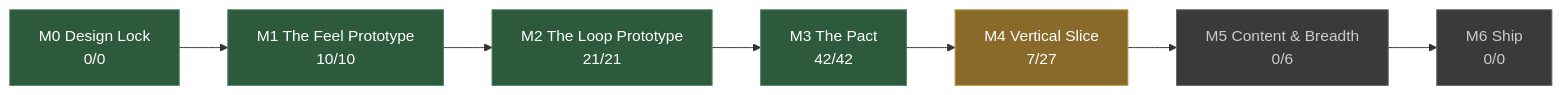
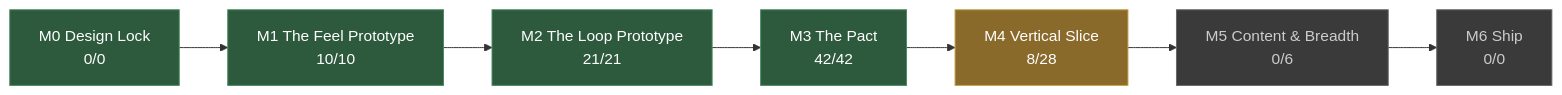
Before and after one commit to JoshuaGessner/she: the diagram in docs/STATUS.md, drawn with Mermaid. The commit also changed other lines of this file and 11 other files, not shown here.

````diff
--- a/docs/STATUS.md
+++ b/docs/STATUS.md
@@ -13,19 +13,19 @@
 ```mermaid
 flowchart LR
   M0["M0 Design Lock<br/>0/0"]:::passed
   M1["M1 The Feel Prototype<br/>10/10"]:::passed
   M0 --> M1
   M2["M2 The Loop Prototype<br/>21/21"]:::passed
   M1 --> M2
   M3["M3 The Pact<br/>42/42"]:::passed
   M2 --> M3
-  M4["M4 Vertical Slice<br/>7/27"]:::current
+  M4["M4 Vertical Slice<br/>8/28"]:::current
   M3 --> M4
   M5["M5 Content & Breadth<br/>0/6"]:::ahead
   M4 --> M5
   M6["M6 Ship<br/>0/0"]:::ahead
   M5 --> M6
   classDef passed fill:#2d5a3d,stroke:#4a8a5f,color:#fff
   classDef current fill:#8a6a2a,stroke:#c8a04a,color:#fff
   classDef ahead fill:#3a3a3a,stroke:#666,color:#ccc
 ```
````
